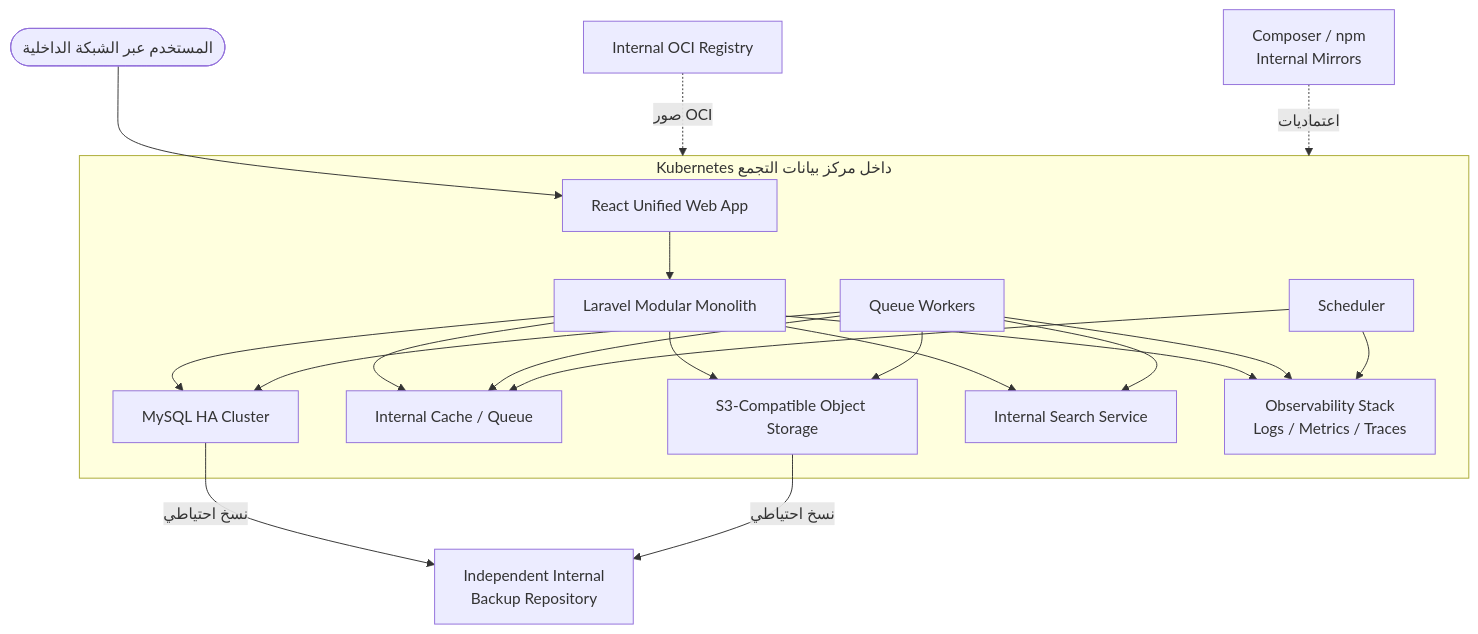
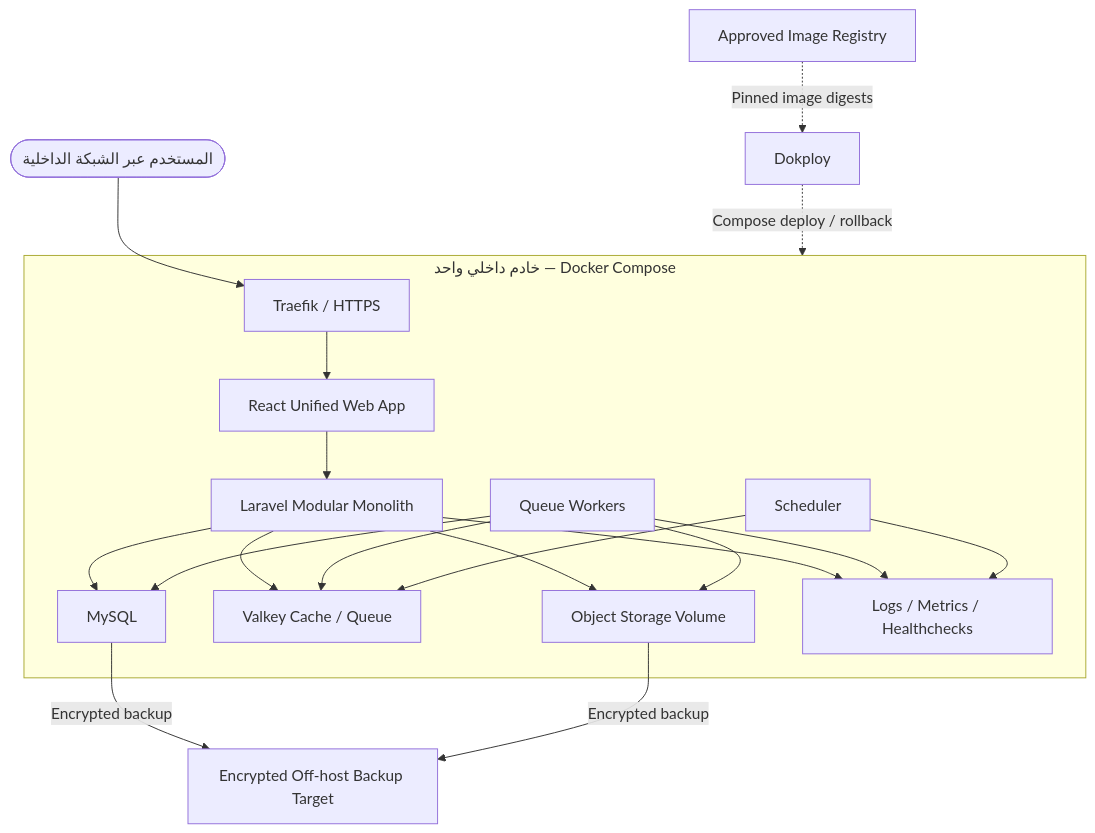
Before and after one commit to tariiq222/cluster: the diagram in docs/architecture/diagrams/containers.mmd, drawn with Mermaid. The commit also changed 34 other files, not shown here.

```diff
--- a/docs/architecture/diagrams/containers.mmd
+++ b/docs/architecture/diagrams/containers.mmd
@@ -1,37 +1,35 @@
 flowchart TB
     USER(["المستخدم عبر الشبكة الداخلية"])
 
-    subgraph K8S["Kubernetes داخل مركز بيانات التجمع"]
+    subgraph HOST["خادم داخلي واحد — Docker Compose"]
+        TRAEFIK["Traefik / HTTPS"]
         WEB["React Unified Web App"]
         API["Laravel Modular Monolith"]
         WORKERS["Queue Workers"]
         SCHEDULER["Scheduler"]
-        MYSQL["MySQL HA Cluster"]
-        QUEUE["Internal Cache / Queue"]
-        S3["S3-Compatible Object Storage"]
-        SEARCH["Internal Search Service"]
-        OBS["Observability Stack<br/>Logs / Metrics / Traces"]
+        MYSQL["MySQL"]
+        VALKEY["Valkey Cache / Queue"]
+        OBJECT["Object Storage Volume"]
+        OBS["Logs / Metrics / Healthchecks"]
     end
 
-    REGISTRY["Internal OCI Registry"]
-    MIRRORS["Composer / npm<br/>Internal Mirrors"]
-    BACKUP["Independent Internal<br/>Backup Repository"]
+    DOKPLOY["Dokploy"]
+    REGISTRY["Approved Image Registry"]
+    BACKUP["Encrypted Off-host Backup Target"]
 
-    USER --> WEB
-    WEB --> API
+    USER --> TRAEFIK
+    TRAEFIK --> WEB --> API
     API --> MYSQL
-    API --> QUEUE
-    API --> S3
-    API --> SEARCH
+    API --> VALKEY
+    API --> OBJECT
     WORKERS --> MYSQL
-    WORKERS --> QUEUE
-    WORKERS --> S3
-    WORKERS --> SEARCH
-    SCHEDULER --> QUEUE
+    WORKERS --> VALKEY
+    WORKERS --> OBJECT
+    SCHEDULER --> VALKEY
     API --> OBS
     WORKERS --> OBS
     SCHEDULER --> OBS
-    REGISTRY -.->|"صور OCI"| K8S
-    MIRRORS -.->|"اعتماديات"| K8S
-    MYSQL -->|"نسخ احتياطي"| BACKUP
-    S3 -->|"نسخ احتياطي"| BACKUP
+    DOKPLOY -.->|"Compose deploy / rollback"| HOST
+    REGISTRY -.->|"Pinned image digests"| DOKPLOY
+    MYSQL -->|"Encrypted backup"| BACKUP
+    OBJECT -->|"Encrypted backup"| BACKUP
```
